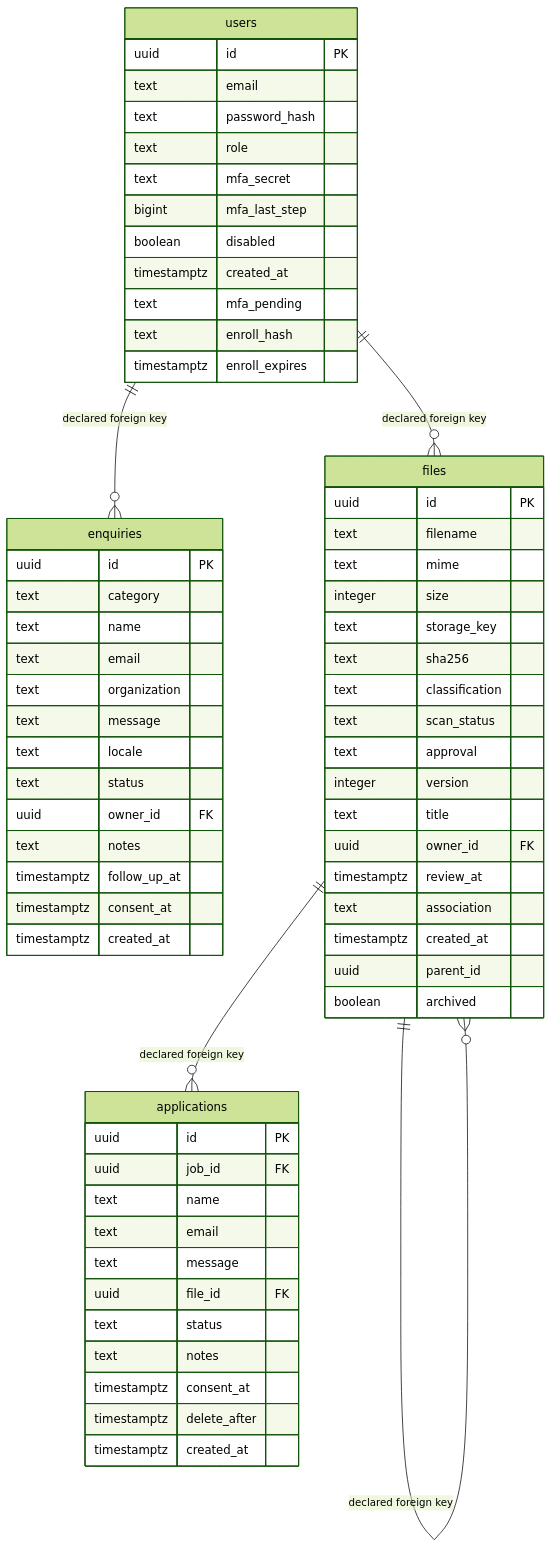
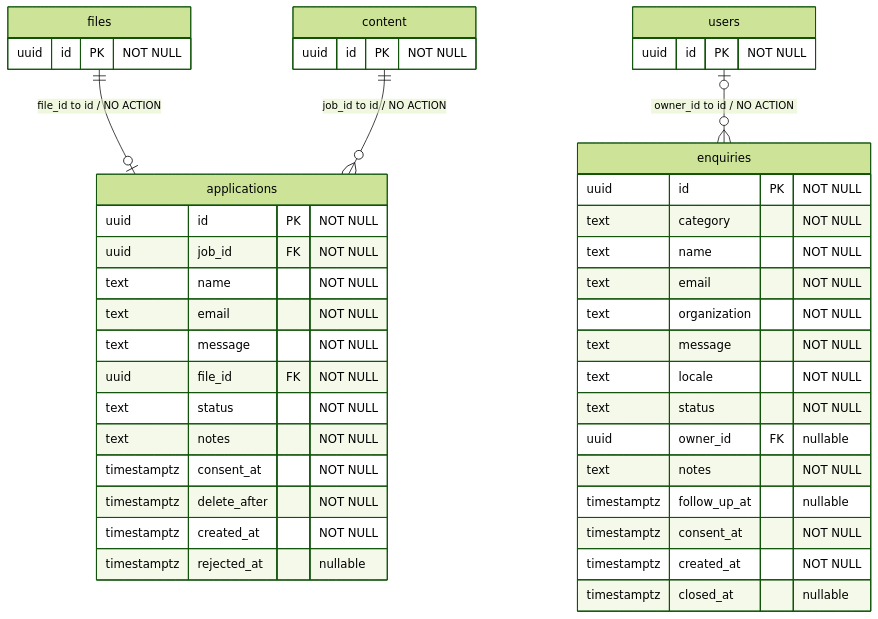
One commit to DruHustle/onesa-ai-platform changed the diagram in docs/diagrams/portal-database-business.mmd. Above: the diagram before and after it, drawn with Mermaid (forest theme). The commit also changed 25 other files, not shown here.

Commit message:
docs: refresh Portal schema and protected identity references

```diff
--- a/docs/diagrams/portal-database-business.mmd
+++ b/docs/diagrams/portal-database-business.mmd
@@ -1,65 +1,44 @@
+%% Portal source schema SHA256: 7fe751ef30a47ee8fa6d9f23416eb48dea97e0e90c6c5fdcc97cd0c656fd0d86
 erDiagram
-  users {
-    uuid id PK
-    text email
-    text password_hash
-    text role
-    text mfa_secret
-    bigint mfa_last_step
-    boolean disabled
-    timestamptz created_at
-    text mfa_pending
-    text enroll_hash
-    timestamptz enroll_expires
+  applications {
+    uuid id PK "NOT NULL"
+    uuid job_id FK "NOT NULL"
+    text name "NOT NULL"
+    text email "NOT NULL"
+    text message "NOT NULL"
+    uuid file_id FK "NOT NULL"
+    text status "NOT NULL"
+    text notes "NOT NULL"
+    timestamptz consent_at "NOT NULL"
+    timestamptz delete_after "NOT NULL"
+    timestamptz created_at "NOT NULL"
+    timestamptz rejected_at "nullable"
+  }
+  content {
+    uuid id PK "NOT NULL"
   }
   enquiries {
-    uuid id PK
-    text category
-    text name
-    text email
-    text organization
-    text message
-    text locale
-    text status
-    uuid owner_id FK
-    text notes
-    timestamptz follow_up_at
-    timestamptz consent_at
-    timestamptz created_at
+    uuid id PK "NOT NULL"
+    text category "NOT NULL"
+    text name "NOT NULL"
+    text email "NOT NULL"
+    text organization "NOT NULL"
+    text message "NOT NULL"
+    text locale "NOT NULL"
+    text status "NOT NULL"
+    uuid owner_id FK "nullable"
+    text notes "NOT NULL"
+    timestamptz follow_up_at "nullable"
+    timestamptz consent_at "NOT NULL"
+    timestamptz created_at "NOT NULL"
+    timestamptz closed_at "nullable"
   }
   files {
-    uuid id PK
-    text filename
-    text mime
-    integer size
-    text storage_key
-    text sha256
-    text classification
-    text scan_status
-    text approval
-    integer version
-    text title
-    uuid owner_id FK
-    timestamptz review_at
-    text association
-    timestamptz created_at
-    uuid parent_id
-    boolean archived
+    uuid id PK "NOT NULL"
   }
-  applications {
-    uuid id PK
-    uuid job_id FK
-    text name
-    text email
-    text message
-    uuid file_id FK
-    text status
-    text notes
-    timestamptz consent_at
-    timestamptz delete_after
-    timestamptz created_at
+  users {
+    uuid id PK "NOT NULL"
   }
-  users ||--o{ enquiries : "declared foreign key"
-  users ||--o{ files : "declared foreign key"
-  files ||--o{ applications : "declared foreign key"
-  files ||--o{ files : "declared foreign key"
+  files ||--o| applications : "file_id to id / NO ACTION"
+  content ||--o{ applications : "job_id to id / NO ACTION"
+  users o|--o{ enquiries : "owner_id to id / NO ACTION"
```
